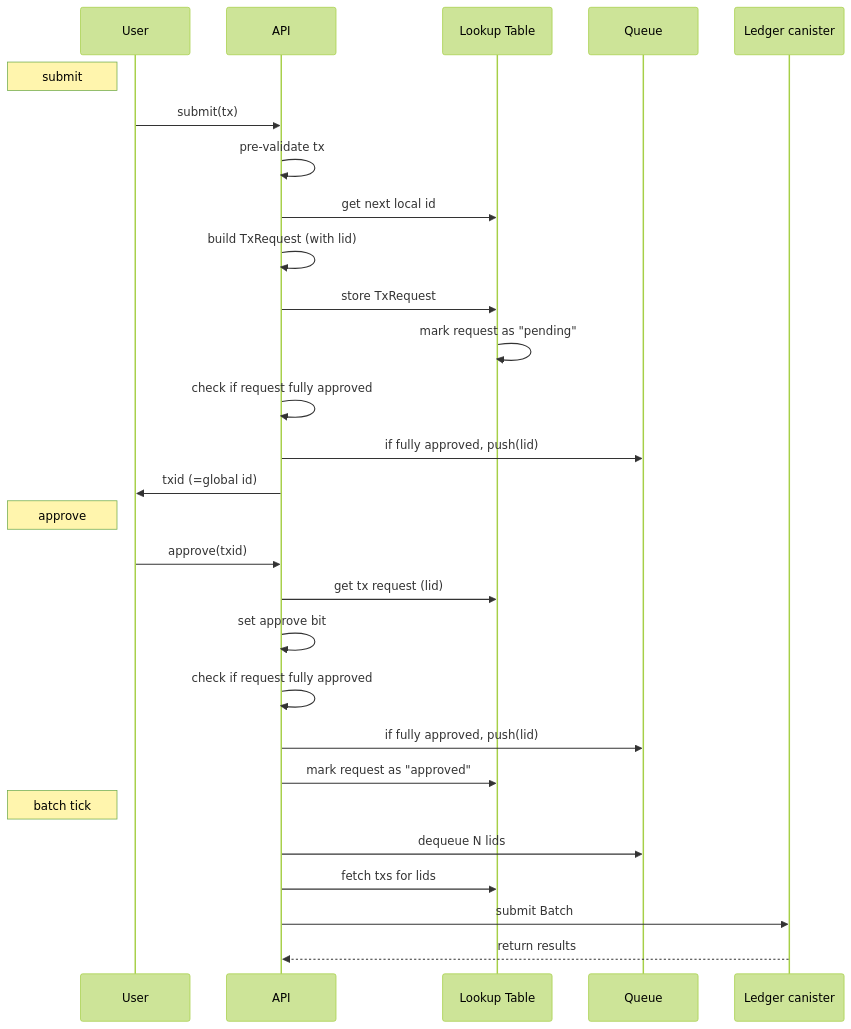
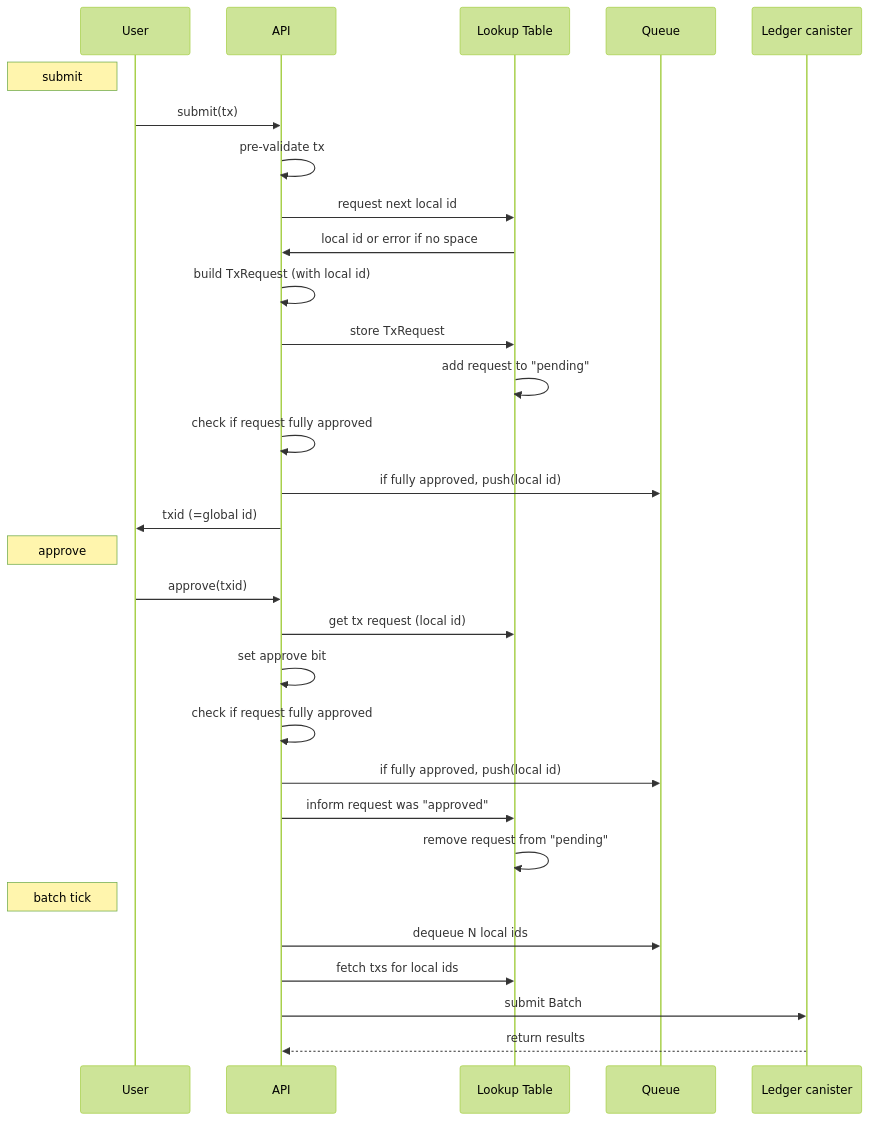
The first of 2 diagrams in README.md (research-ag/hpl), drawn with Mermaid (forest theme) before and after one commit.

Commit message:
README diagram update

````diff
--- a/README.md
+++ b/README.md
@@ -26,25 +26,27 @@
 ```mermaid
 sequenceDiagram
     Note left of User: submit
     User->>API: submit(tx)
     API->>API: pre-validate tx 
-    API->>Lookup Table: get next local id
-    API->>API: build TxRequest (with lid)
+    API->>Lookup Table: request next local id
+    Lookup Table->>API: local id or error if no space
+    API->>API: build TxRequest (with local id)
     API->>Lookup Table: store TxRequest
-    Lookup Table->>Lookup Table: mark request as "pending"
+    Lookup Table->>Lookup Table: add request to "pending"
     API->>API: check if request fully approved
-    API->>Queue: if fully approved, push(lid)
+    API->>Queue: if fully approved, push(local id)
     API->>User: txid (=global id) 
     Note left of User: approve
     User->>API: approve(txid)
-    API->>Lookup Table: get tx request (lid) 
+    API->>Lookup Table: get tx request (local id) 
     API->>API: set approve bit
     API->>API: check if request fully approved
-    API->>Queue: if fully approved, push(lid)
-    API->>Lookup Table: mark request as "approved"
+    API->>Queue: if fully approved, push(local id)
+    API->>Lookup Table: inform request was "approved"
+    Lookup Table->>Lookup Table: remove request from "pending"
     Note left of User: batch tick
-    API->>Queue: dequeue N lids
-    API->>Lookup Table: fetch txs for lids
+    API->>Queue: dequeue N local ids
+    API->>Lookup Table: fetch txs for local ids
     API->>Ledger canister: submit Batch
     Ledger canister-->>API: return results
 ```
````
